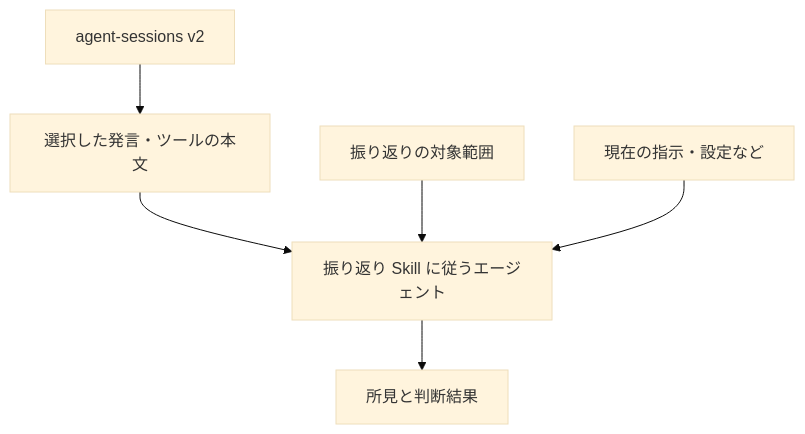
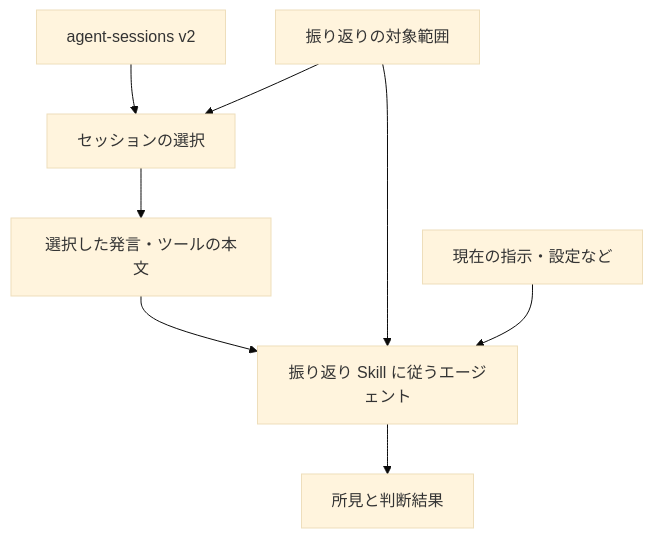
One commit to mtk177a/agent-harness-retro changed the diagram in README.ja.md. Above: the diagram before and after it, drawn with Mermaid (base theme). The commit also changed other lines of this file and 11 other files, not shown here.

````diff
--- a/README.ja.md
+++ b/README.ja.md
@@ -109,8 +110,10 @@
 ```mermaid
 flowchart TD
-    source["agent-sessions v2"] --> bodies["選択した発言・ツールの本文"]
+    source["agent-sessions v2"] --> selection["セッションの選択"]
+    scope["振り返りの対象範囲"] --> selection
+    selection --> bodies["選択した発言・ツールの本文"]
     bodies --> review["振り返り Skill に従うエージェント"]
-    scope["振り返りの対象範囲"] --> review
+    scope --> review
     harness["現在の指示・設定など"] --> review
     review --> result["所見と判断結果"]
 ```
````
